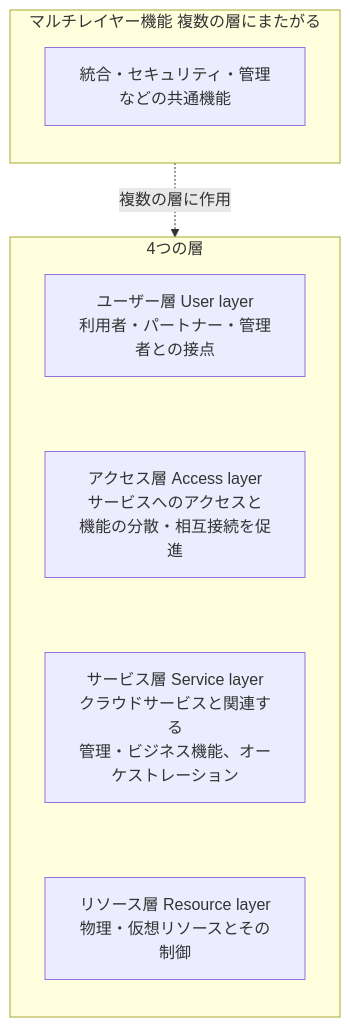
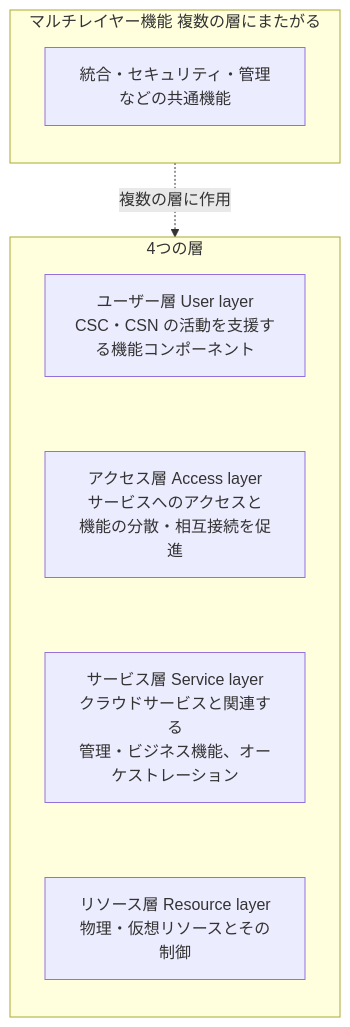
Before and after one commit to myoshi2891/Cloud-Infrastructure-and-Network-Studies: the ninth of 20 diagrams in Iso-iec-22123-3-2023-guide.md, drawn with Mermaid. The commit also changed other lines of this file and 1 other file, not shown here.

````diff
--- a/Iso-iec-22123-3-2023-guide.md
+++ b/Iso-iec-22123-3-2023-guide.md
@@ -374,18 +374,18 @@
 ```mermaid
 flowchart TB
     subgraph MULTI["マルチレイヤー機能 複数の層にまたがる"]
         direction TB
         M1["統合・セキュリティ・管理などの共通機能"]
     end
 
     subgraph LAYERS["4つの層"]
         direction TB
-        UL["ユーザー層 User layer<br/>利用者・パートナー・管理者との接点"]
+        UL["ユーザー層 User layer<br/>CSC・CSN の活動を支援する機能コンポーネント"]
         AL["アクセス層 Access layer<br/>サービスへのアクセスと<br/>機能の分散・相互接続を促進"]
         SL["サービス層 Service layer<br/>クラウドサービスと関連する<br/>管理・ビジネス機能、オーケストレーション"]
         RL["リソース層 Resource layer<br/>物理・仮想リソースとその制御"]
         UL ~~~ AL ~~~ SL ~~~ RL
     end
 
     MULTI -.->|複数の層に作用| LAYERS
 ```
````
